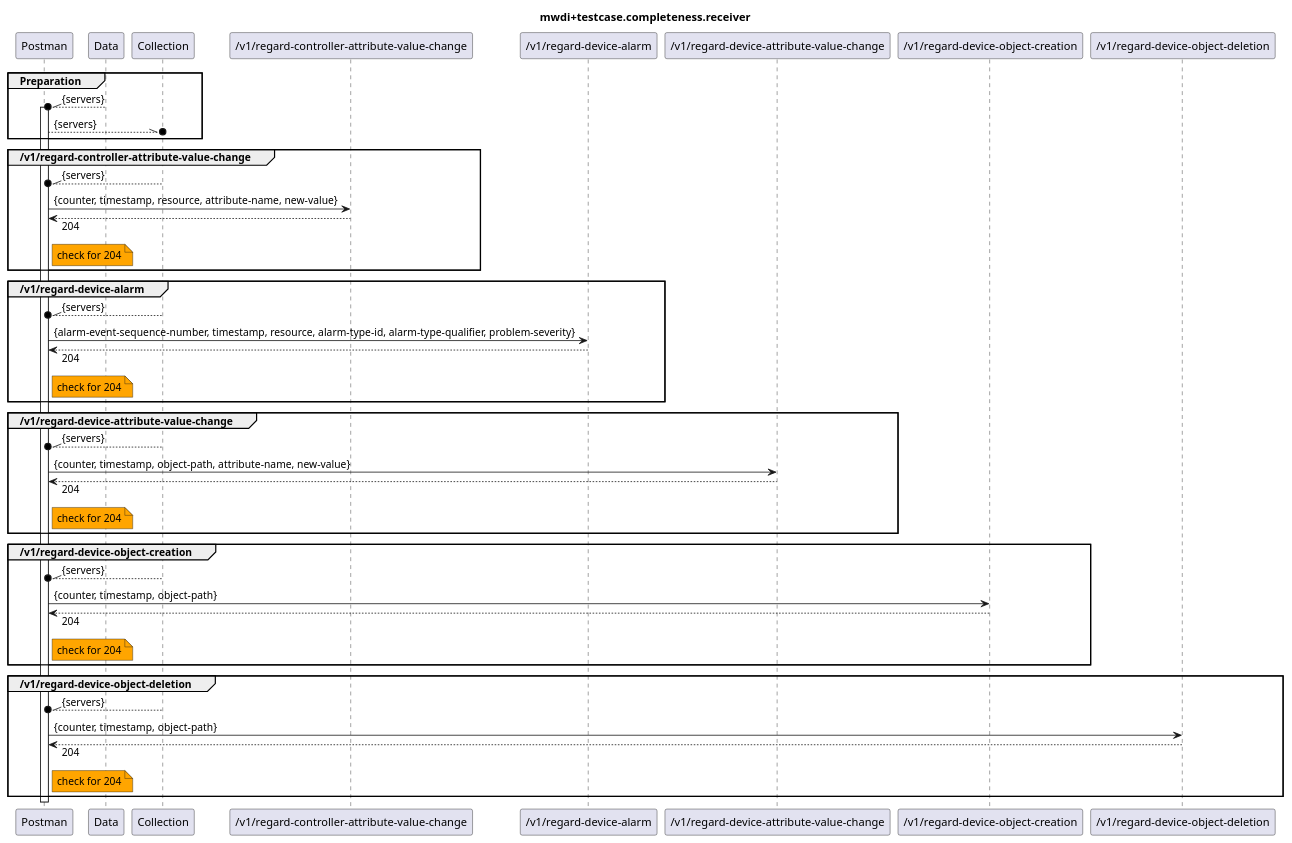
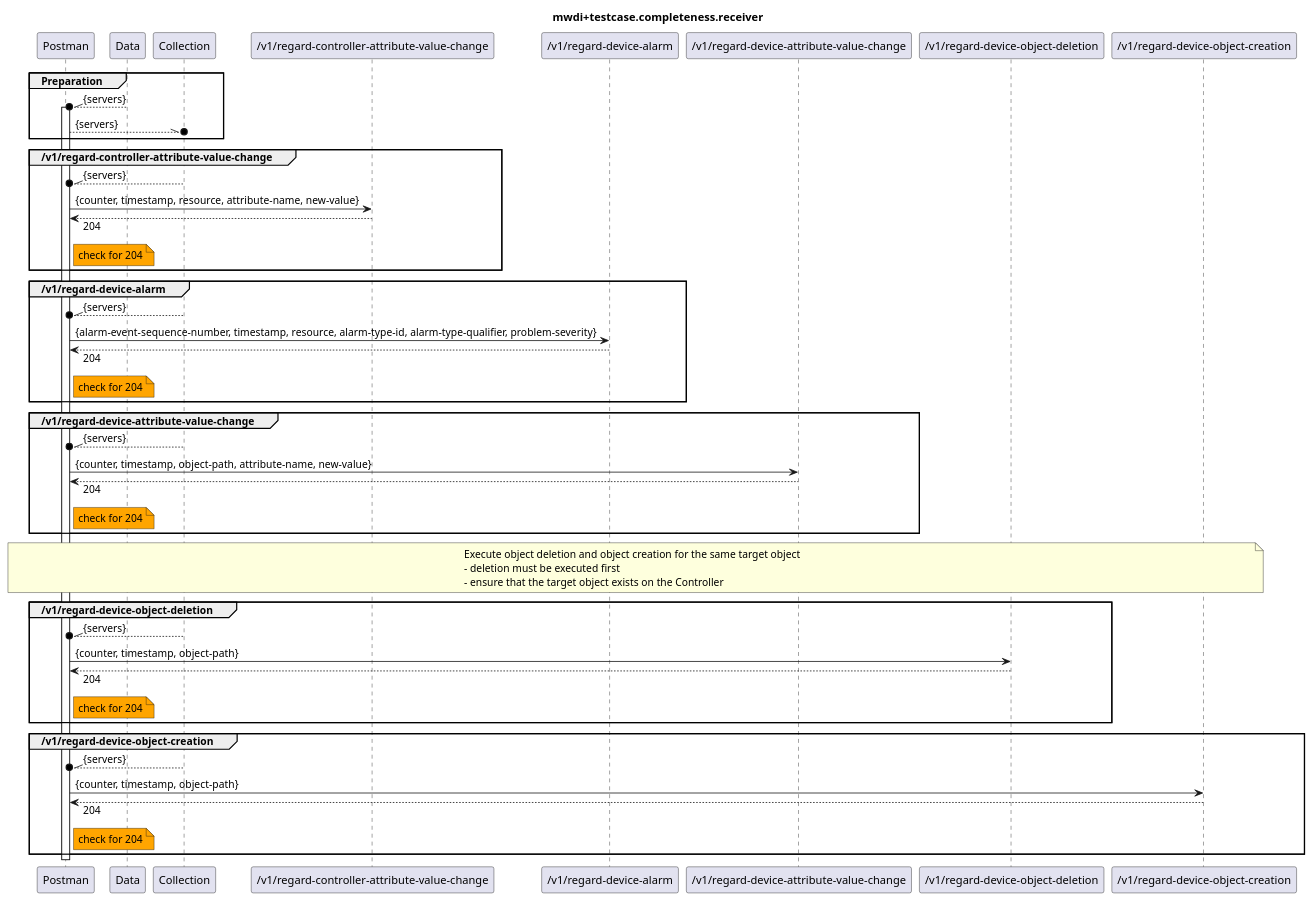
Before and after one commit to openBackhaul/MicroWaveDeviceInventory: the diagram in testing/2_functional/completeness/v1.2.2/Receiver/mwdi+diagram.completeness.receiver.plantuml, drawn with PlantUML. The commit also changed 3 other files, not shown here.

```diff
--- a/testing/2_functional/completeness/v1.2.2/Receiver/mwdi+diagram.completeness.receiver.plantuml
+++ b/testing/2_functional/completeness/v1.2.2/Receiver/mwdi+diagram.completeness.receiver.plantuml
@@ -1,71 +1,77 @@
 @startuml mwdi+diagram.completeness.receiver
 skinparam responseMessageBelowArrow true
 
 title
 mwdi+testcase.completeness.receiver
 end title
 
 participant "Postman" as Postman
 participant "Data" as Data
 participant "Collection" as Collection
 
 participant "/v1/regard-controller-attribute-value-change" as RCAVC
 participant "/v1/regard-device-alarm" as RDA
 participant "/v1/regard-device-attribute-value-change" as RDAVC
+participant "/v1/regard-device-object-deletion" as RDOD
 participant "/v1/regard-device-object-creation" as RDOC
-participant "/v1/regard-device-object-deletion" as RDOD
 
 group Preparation
   Data --\\o Postman : {servers}
   activate Postman
   Postman --\\o Collection : {servers}
 end
 
 group /v1/regard-controller-attribute-value-change
   Collection --\\o Postman : {servers}
   Postman -> RCAVC : {counter, timestamp, resource, attribute-name, new-value}
   Postman <-- RCAVC : 204
   note right Postman #Orange
     check for 204
   end note
 end
 
 group /v1/regard-device-alarm
   Collection --\\o Postman : {servers}
   Postman -> RDA : {alarm-event-sequence-number, timestamp, resource, alarm-type-id, alarm-type-qualifier, problem-severity}
   Postman <-- RDA : 204
   note right Postman #Orange
     check for 204
   end note
 end
 
 group /v1/regard-device-attribute-value-change
   Collection --\\o Postman : {servers}
   Postman -> RDAVC : {counter, timestamp, object-path, attribute-name, new-value}
   Postman <-- RDAVC : 204
   note right Postman #Orange
     check for 204
   end note
 end
 
-group /v1/regard-device-object-creation
-  Collection --\\o Postman : {servers}
-  Postman -> RDOC : {counter, timestamp, object-path}
-  Postman <-- RDOC : 204
-  note right Postman #Orange
-    check for 204
-  end note
-end
+note over Postman, RDOC
+  Execute object deletion and object creation for the same target object
+  - deletion must be executed first
+  - ensure that the target object exists on the Controller
+end note
 
 group /v1/regard-device-object-deletion
   Collection --\\o Postman : {servers}
   Postman -> RDOD : {counter, timestamp, object-path}
   Postman <-- RDOD : 204
   note right Postman #Orange
     check for 204
   end note
 end
 
+group /v1/regard-device-object-creation
+  Collection --\\o Postman : {servers}
+  Postman -> RDOC : {counter, timestamp, object-path}
+  Postman <-- RDOC : 204
+  note right Postman #Orange
+    check for 204
+  end note
+end
+
 deactivate Postman
 
 @enduml
```
